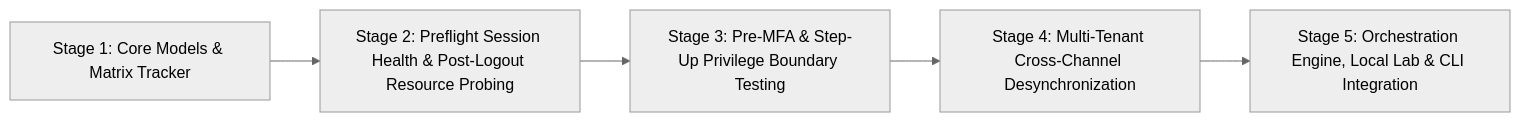
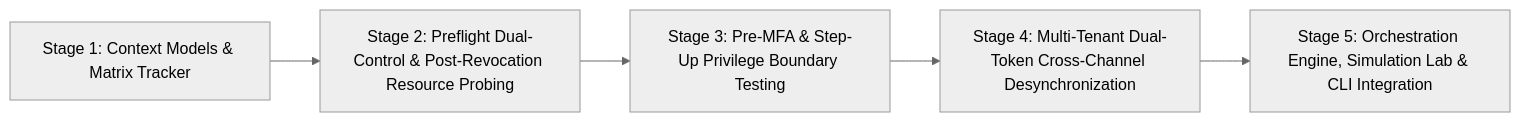
One commit to Veldora-0/BugBounty-Agent changed the second of 2 diagrams in docs/PHASE-21-PLANNING-GATE.md. Above: the diagram before and after it, drawn with Mermaid (neutral theme). The commit also changed other lines of this file and 2 other files, not shown here.

First line of the commit message:
docs(phase0): reconcile baseline, roadmap, and Phase 21 planning gate

````diff
--- a/docs/PHASE-21-PLANNING-GATE.md
+++ b/docs/PHASE-21-PLANNING-GATE.md
@@ -156,7 +241,7 @@
 ```mermaid
 flowchart LR
-    Stage1["Stage 1: Core Models & Matrix Tracker"] --> Stage2["Stage 2: Preflight Session Health & Post-Logout Resource Probing"]
+    Stage1["Stage 1: Context Models & Matrix Tracker"] --> Stage2["Stage 2: Preflight Dual-Control & Post-Revocation Resource Probing"]
     Stage2 --> Stage3["Stage 3: Pre-MFA & Step-Up Privilege Boundary Testing"]
-    Stage3 --> Stage4["Stage 4: Multi-Tenant Cross-Channel Desynchronization"]
-    Stage4 --> Stage5["Stage 5: Orchestration Engine, Local Lab & CLI Integration"]
+    Stage3 --> Stage4["Stage 4: Multi-Tenant Dual-Token Cross-Channel Desynchronization"]
+    Stage4 --> Stage5["Stage 5: Orchestration Engine, Simulation Lab & CLI Integration"]
 ```
````
